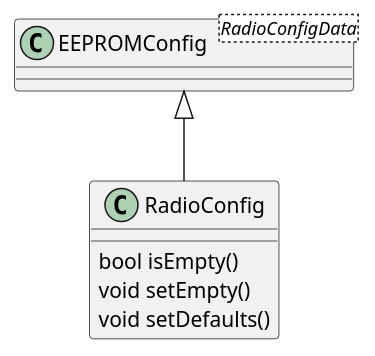
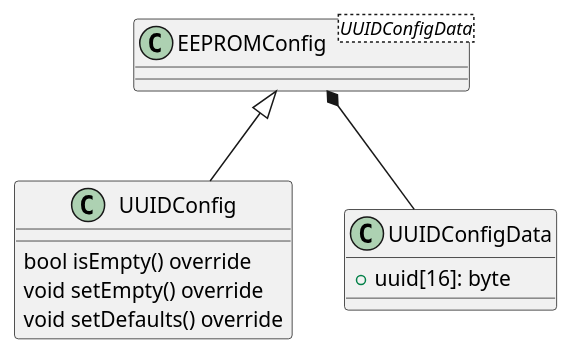
The fourth of 4 diagrams in docs/README.md (damiandrzewicz/iots-rf-core-lib), drawn with PlantUML before and after one commit. The commit also changed other lines of this file and 2 other files, not shown here.

Commit message:
Config base class & EEPROM config refactor

```diff
--- a/docs/README.md
+++ b/docs/README.md
@@ -97,12 +138,16 @@
 @startuml
+class EEPROMConfig<UUIDConfigData>
 
-class EEPROMConfig<RadioConfigData>
-
-class RadioConfig{
-  bool isEmpty()
-  void setEmpty()
-  void setDefaults()
+class UUIDConfig{
+  bool isEmpty() override
+  void setEmpty() override
+  void setDefaults() override
 }
 
-EEPROMConfig <|-- RadioConfig
+class UUIDConfigData{
+  +uuid[16]: byte
+}
+
+EEPROMConfig <|-- UUIDConfig
+EEPROMConfig *-- UUIDConfigData
 @enduml
```
